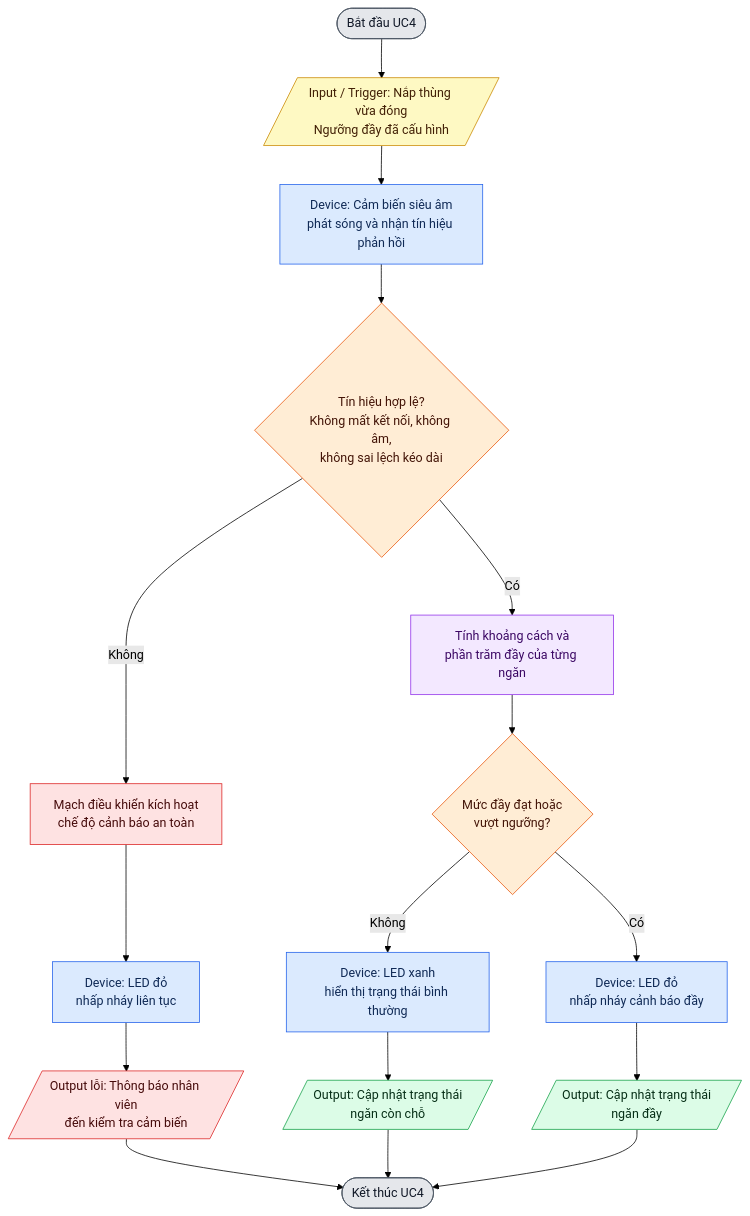
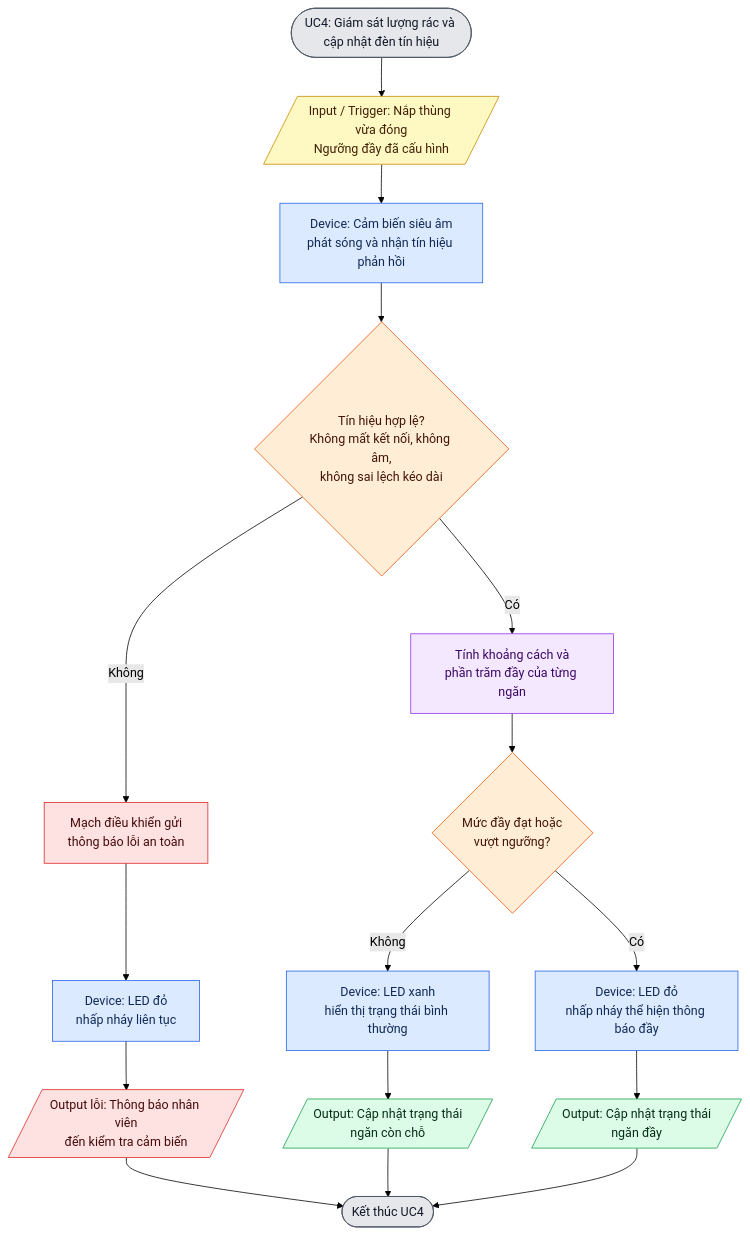
The diagram in FLOWCHART/UC04_giam_sat_luong_rac_va_LED.mmd (ariesanhthu/AIOT-SMART-TRASH-BIN), drawn with Mermaid (forest theme) before and after one commit. The commit also changed 11 other files, not shown here.

Commit message:
update: fix flowcharts

```diff
--- a/FLOWCHART/UC04_giam_sat_luong_rac_va_LED.mmd
+++ b/FLOWCHART/UC04_giam_sat_luong_rac_va_LED.mmd
@@ -1,37 +1,42 @@
-flowchart TD
-    start([Bắt đầu UC4])
-    trigger[/"Input / Trigger: Nắp thùng vừa đóng<br/>Ngưỡng đầy đã cấu hình"/]
-    sensor["Device: Cảm biến siêu âm<br/>phát sóng và nhận tín hiệu phản hồi"]
-    valid{"Tín hiệu hợp lệ?<br/>Không mất kết nối, không âm,<br/>không sai lệch kéo dài"}
-    fault["Mạch điều khiển kích hoạt<br/>chế độ cảnh báo an toàn"]
-    faultLed["Device: LED đỏ<br/>nhấp nháy liên tục"]
-    faultOut[/"Output lỗi: Thông báo nhân viên<br/>đến kiểm tra cảm biến"/]
-    calculate["Tính khoảng cách và<br/>phần trăm đầy của từng ngăn"]
-    threshold{"Mức đầy đạt hoặc<br/>vượt ngưỡng?"}
-    normalLed["Device: LED xanh<br/>hiển thị trạng thái bình thường"]
-    fullLed["Device: LED đỏ<br/>nhấp nháy cảnh báo đầy"]
-    normalOut[/"Output: Cập nhật trạng thái<br/>ngăn còn chỗ"/]
-    fullOut[/"Output: Cập nhật trạng thái<br/>ngăn đầy"/]
-    finish([Kết thúc UC4])
+---
+config:
+  layout: dagre
+---
+flowchart TB
+    start(["UC4: Giám sát lượng rác và cập nhật đèn tín hiệu "]) --> trigger[/"Input / Trigger: Nắp thùng vừa đóng<br>Ngưỡng đầy đã cấu hình"/]
+    trigger --> sensor["Device: Cảm biến siêu âm<br>phát sóng và nhận tín hiệu phản hồi"]
+    sensor --> valid{"Tín hiệu hợp lệ?<br>Không mất kết nối, không âm,<br>không sai lệch kéo dài"}
+    valid -- Không --> fault["Mạch điều khiển gửi<br>thông báo lỗi an toàn"]
+    fault --> faultLed["Device: LED đỏ<br>nhấp nháy liên tục"]
+    faultLed --> faultOut[/"Output lỗi: Thông báo nhân viên<br>đến kiểm tra cảm biến"/]
+    faultOut --> finish(["Kết thúc UC4"])
+    valid -- Có --> calculate["Tính khoảng cách và<br>phần trăm đầy của từng ngăn"]
+    calculate --> threshold{"Mức đầy đạt hoặc<br>vượt ngưỡng?"}
+    threshold -- Không --> normalLed["Device: LED xanh<br>hiển thị trạng thái bình thường"]
+    normalLed --> normalOut[/"Output: Cập nhật trạng thái<br>ngăn còn chỗ"/]
+    normalOut --> finish
+    threshold -- Có --> fullLed["Device: LED đỏ<br>nhấp nháy thể hiện thông báo đầy"]
+    fullLed --> fullOut[/"Output: Cập nhật trạng thái<br>ngăn đầy"/]
+    fullOut --> finish
 
-    start --> trigger --> sensor --> valid
-    valid -- Không --> fault --> faultLed --> faultOut --> finish
-    valid -- Có --> calculate --> threshold
-    threshold -- Không --> normalLed --> normalOut --> finish
-    threshold -- Có --> fullLed --> fullOut --> finish
-
-    classDef device fill:#dbeafe,stroke:#2563eb,color:#102a56;
-    classDef input fill:#fef9c3,stroke:#ca8a04,color:#422006;
-    classDef process fill:#f3e8ff,stroke:#9333ea,color:#3b0764;
-    classDef decision fill:#ffedd5,stroke:#ea580c,color:#431407;
-    classDef output fill:#dcfce7,stroke:#16a34a,color:#052e16;
-    classDef warning fill:#fee2e2,stroke:#dc2626,color:#450a0a;
-    classDef terminal fill:#e5e7eb,stroke:#4b5563,color:#111827;
-
-    class sensor,faultLed,normalLed,fullLed device;
-    class trigger input;
-    class calculate process;
-    class valid,threshold decision;
-    class normalOut,fullOut output;
-    class fault,faultOut warning;
-    class start,finish terminal;
+     start:::terminal
+     trigger:::input
+     sensor:::device
+     valid:::decision
+     fault:::warning
+     faultLed:::device
+     faultOut:::warning
+     calculate:::process
+     threshold:::decision
+     normalLed:::device
+     fullLed:::device
+     normalOut:::output
+     fullOut:::output
+     finish:::terminal
+    classDef device fill:#dbeafe,stroke:#2563eb,color:#102a56
+    classDef input fill:#fef9c3,stroke:#ca8a04,color:#422006
+    classDef process fill:#f3e8ff,stroke:#9333ea,color:#3b0764
+    classDef decision fill:#ffedd5,stroke:#ea580c,color:#431407
+    classDef output fill:#dcfce7,stroke:#16a34a,color:#052e16
+    classDef warning fill:#fee2e2,stroke:#dc2626,color:#450a0a
+    classDef terminal fill:#e5e7eb,stroke:#4b5563,color:#111827
```
